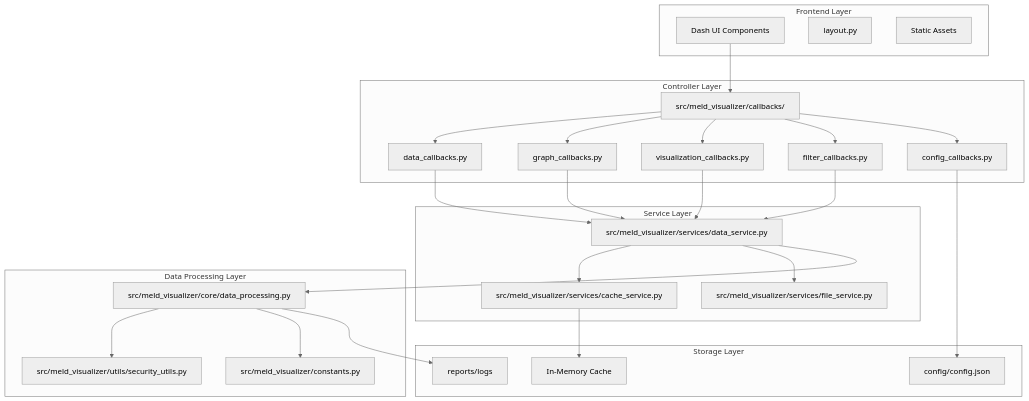
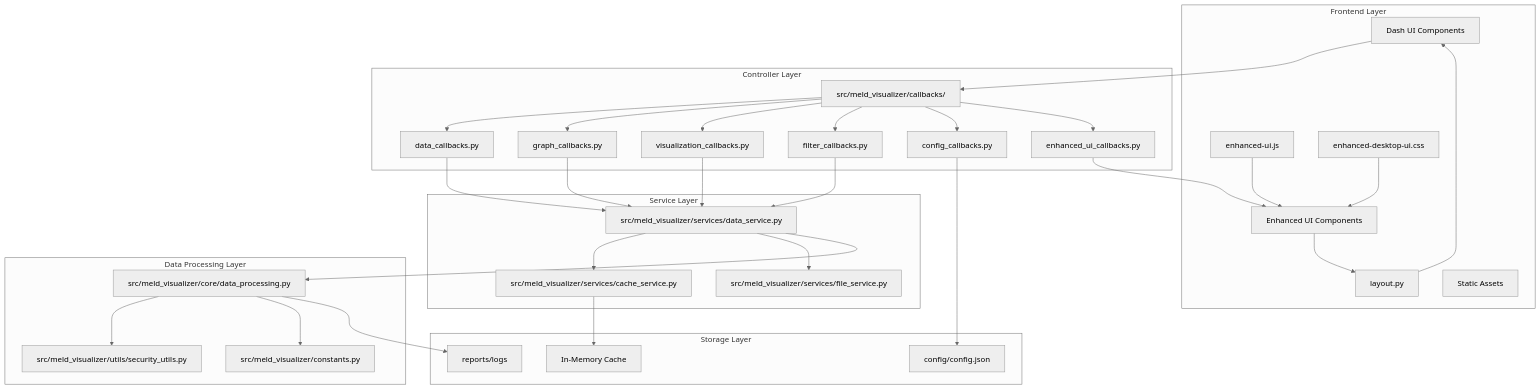
One commit to gregspruce/MELD_Visualizer changed the first of 11 diagrams in docs/architecture/architecture.md. Above: the diagram before and after it, drawn with Mermaid (neutral theme). The commit also changed 16 other files, not shown here.

First line of the commit message:
feat: Enhanced Desktop UI Layout & User Experience System

````diff
--- a/docs/architecture/architecture.md
+++ b/docs/architecture/architecture.md
@@ -5,58 +5,68 @@
 ```mermaid
 graph TB
     subgraph "Frontend Layer"
         UI[Dash UI Components]
         Layout[layout.py]
         Assets[Static Assets]
+        EUI[Enhanced UI Components]
+        EUJS[enhanced-ui.js]
+        EUCSS[enhanced-desktop-ui.css]
     end
     
     subgraph "Controller Layer"
         CB[src/meld_visualizer/callbacks/]
         DC[data_callbacks.py]
         GC[graph_callbacks.py]
         VC[visualization_callbacks.py]
         FC[filter_callbacks.py]
         CC[config_callbacks.py]
+        EUC[enhanced_ui_callbacks.py]
     end
     
     subgraph "Service Layer"
         DS[src/meld_visualizer/services/data_service.py]
         CS[src/meld_visualizer/services/cache_service.py]
         FS[src/meld_visualizer/services/file_service.py]
     end
     
     subgraph "Data Processing Layer"
         DP[src/meld_visualizer/core/data_processing.py]
         SU[src/meld_visualizer/utils/security_utils.py]
         Const[src/meld_visualizer/constants.py]
     end
     
     subgraph "Storage Layer"
         Config[config/config.json]
         Cache[In-Memory Cache]
         Logs[reports/logs]
     end
     
     UI --> CB
+    EUI --> Layout
+    EUJS --> EUI
+    EUCSS --> EUI
+    Layout --> UI
     CB --> DC
     CB --> GC
     CB --> VC
     CB --> FC
     CB --> CC
+    CB --> EUC
+    EUC --> EUI
     
     DC --> DS
     GC --> DS
     VC --> DS
     FC --> DS
     
     DS --> CS
     DS --> FS
     DS --> DP
     
     DP --> SU
     DP --> Const
     
     CS --> Cache
     CC --> Config
     DP --> Logs
 ```
````
